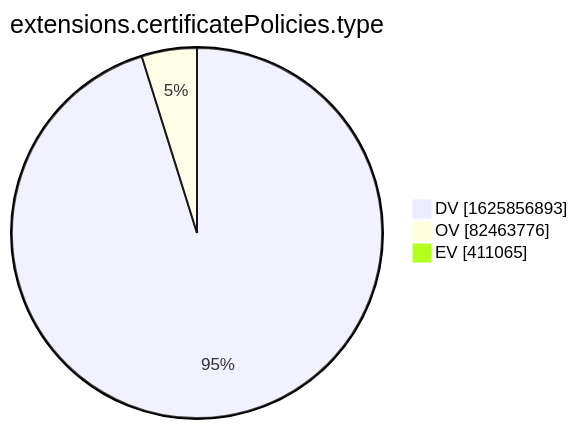
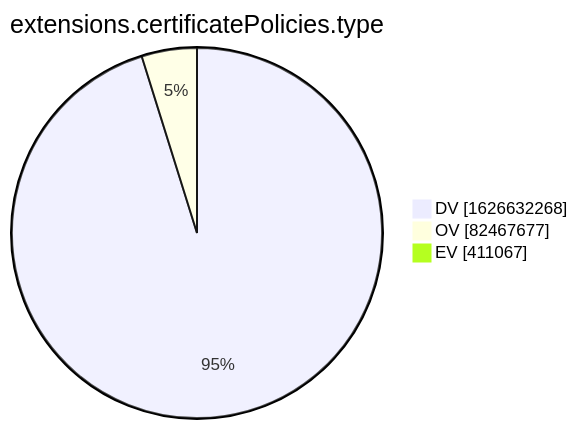
Before and after one commit to christiankrug/ctmonitor_visualization: the tenth of 15 diagrams in xenon2022/README.md, drawn with Mermaid. The commit also changed other lines of this file, not shown here.

````diff
--- a/xenon2022/README.md
+++ b/xenon2022/README.md
@@ -2878,7 +2878,7 @@
 ```mermaid
 pie showData
 title extensions.certificatePolicies.type
-"DV" :1625856893
-"OV" :82463776
-"EV" :411065
+"DV" :1626632268
+"OV" :82467677
+"EV" :411067
 ```
````
